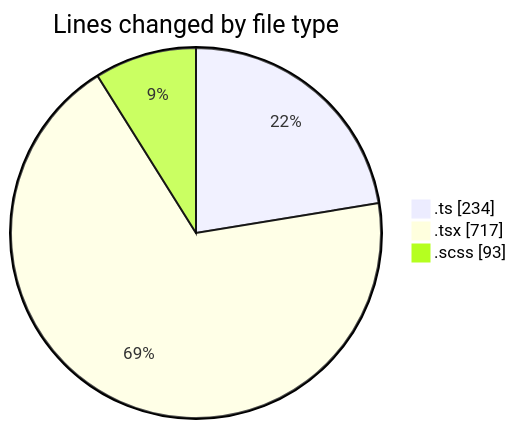
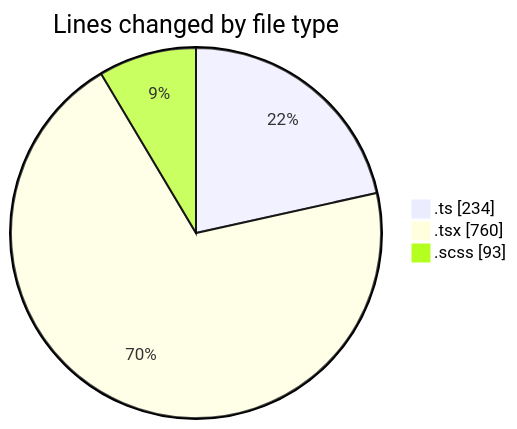
One commit to momahboobian/code-tracking changed the first of 2 diagrams in 2025-05-01/cda/README.md. Above: the diagram before and after it, drawn with Mermaid. The commit also changed other lines of this file and 1 other file, not shown here.

````diff
--- a/2025-05-01/cda/README.md
+++ b/2025-05-01/cda/README.md
@@ -26,7 +26,7 @@
 ```mermaid
 pie showData
 title Lines changed by file type
 ".ts" : 234
-".tsx" : 717
+".tsx" : 760
 ".scss" : 93
 ```
````
